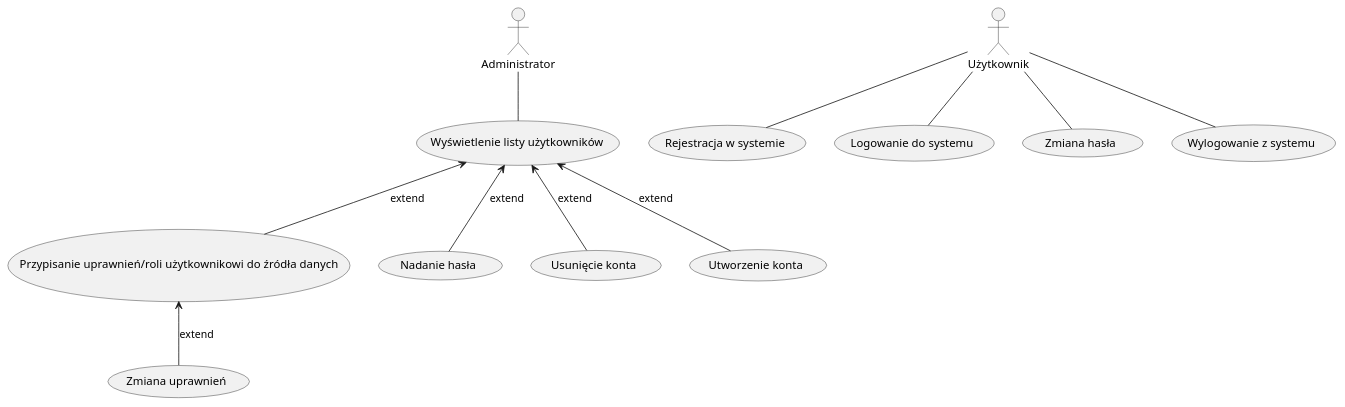
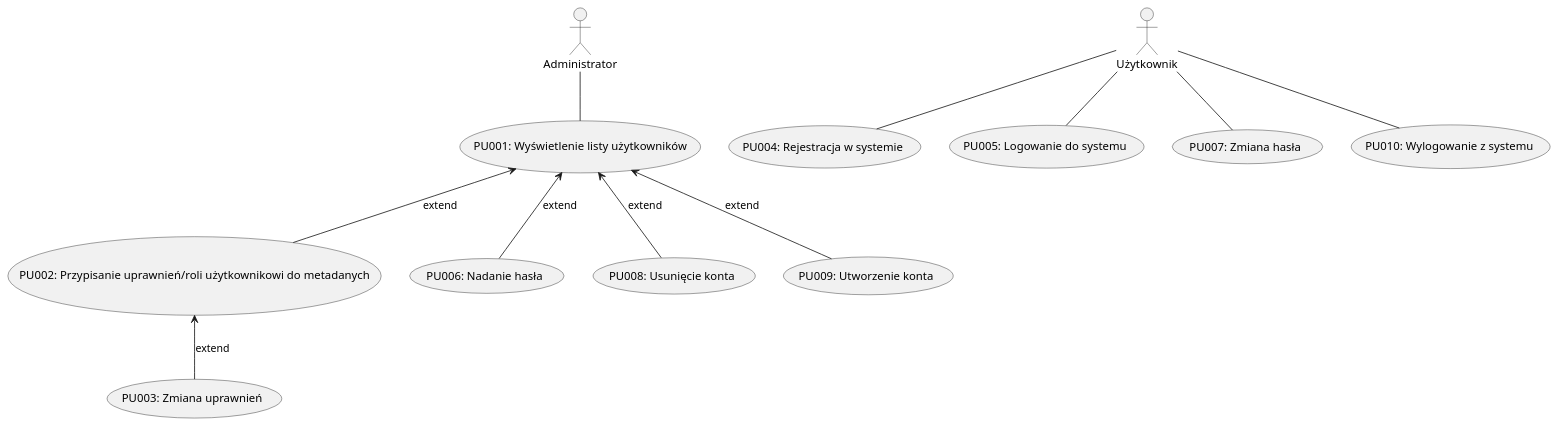
Before and after one commit to falkowp/IWO25L: the diagram in dokumentacja/specyfikacja.wymagan/4.wymagania.uzytkownika/4.1.wymagania.funkcjonalne/PU0001.puml, drawn with PlantUML. The commit also changed 13 other files, not shown here.

```diff
--- a/dokumentacja/specyfikacja.wymagan/4.wymagania.uzytkownika/4.1.wymagania.funkcjonalne/PU0001.puml
+++ b/dokumentacja/specyfikacja.wymagan/4.wymagania.uzytkownika/4.1.wymagania.funkcjonalne/PU0001.puml
@@ -1,29 +1,29 @@
 @startuml Zarządzanie użytkownikami i dostępem
 
 actor "Administrator" as Admin
 actor "Użytkownik" as User
 
-usecase "Wyświetlenie listy użytkowników" as UC1
-usecase "Przypisanie uprawnień/roli użytkownikowi do źródła danych" as UC2
-usecase "Zmiana uprawnień" as UC3
-usecase "Rejestracja w systemie" as UC4
-usecase "Logowanie do systemu" as UC5
-usecase "Nadanie hasła" as UC6
-usecase "Zmiana hasła" as UC7
-usecase "Usunięcie konta" as UC8
-usecase "Utworzenie konta" as UC9
-usecase "Wylogowanie z systemu" as UC10
+usecase "PU001: Wyświetlenie listy użytkowników" as UC1
+usecase "PU002: Przypisanie uprawnień/roli użytkownikowi do metadanych" as UC2
+usecase "PU003: Zmiana uprawnień" as UC3
+usecase "PU004: Rejestracja w systemie" as UC4
+usecase "PU005: Logowanie do systemu" as UC5
+usecase "PU006: Nadanie hasła" as UC6
+usecase "PU007: Zmiana hasła" as UC7
+usecase "PU008: Usunięcie konta" as UC8
+usecase "PU009: Utworzenie konta" as UC9
+usecase "PU010: Wylogowanie z systemu" as UC10
 
 Admin -- UC1
 UC1 <-- UC6 : extend
 UC1 <-- UC2 : extend
 UC2 <-- UC3 : extend
 UC1 <-- UC8 : extend
 UC1 <-- UC9 : extend
 
 User -- UC4
 User -- UC5
 User -- UC7
 User -- UC10  
 
 @enduml
```
